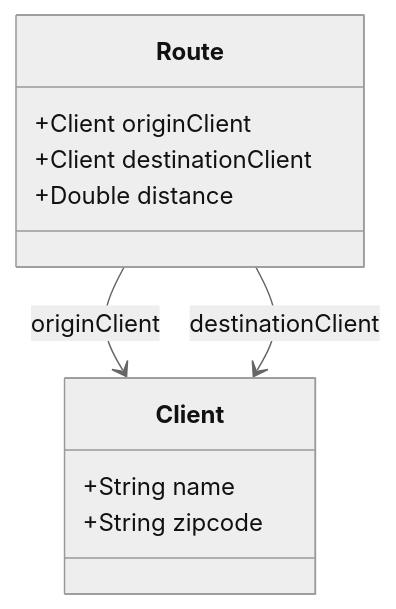
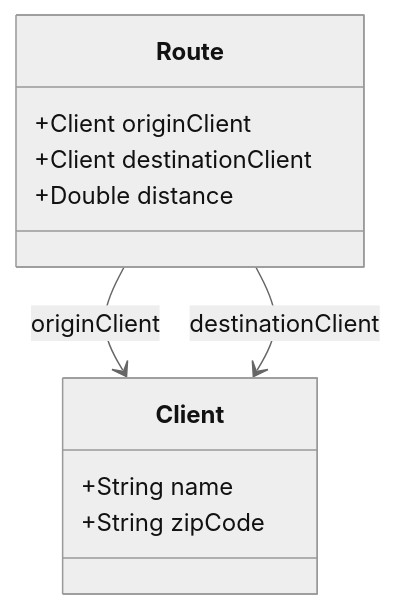
One commit to RafaAndrade11/km-counter-api changed the diagram in README.md. Above: the diagram before and after it, drawn with Mermaid (neutral theme).

````diff
--- a/README.md
+++ b/README.md
@@ -6,16 +6,16 @@
 ```mermaid
  classDiagram
     class Client {
         +String name
-        +String zipcode
+        +String zipCode
     }
 
     class Route {
         +Client originClient
         +Client destinationClient
         +Double distance
     }
 
     Route --> Client : originClient
     Route --> Client : destinationClient
 ```
````
